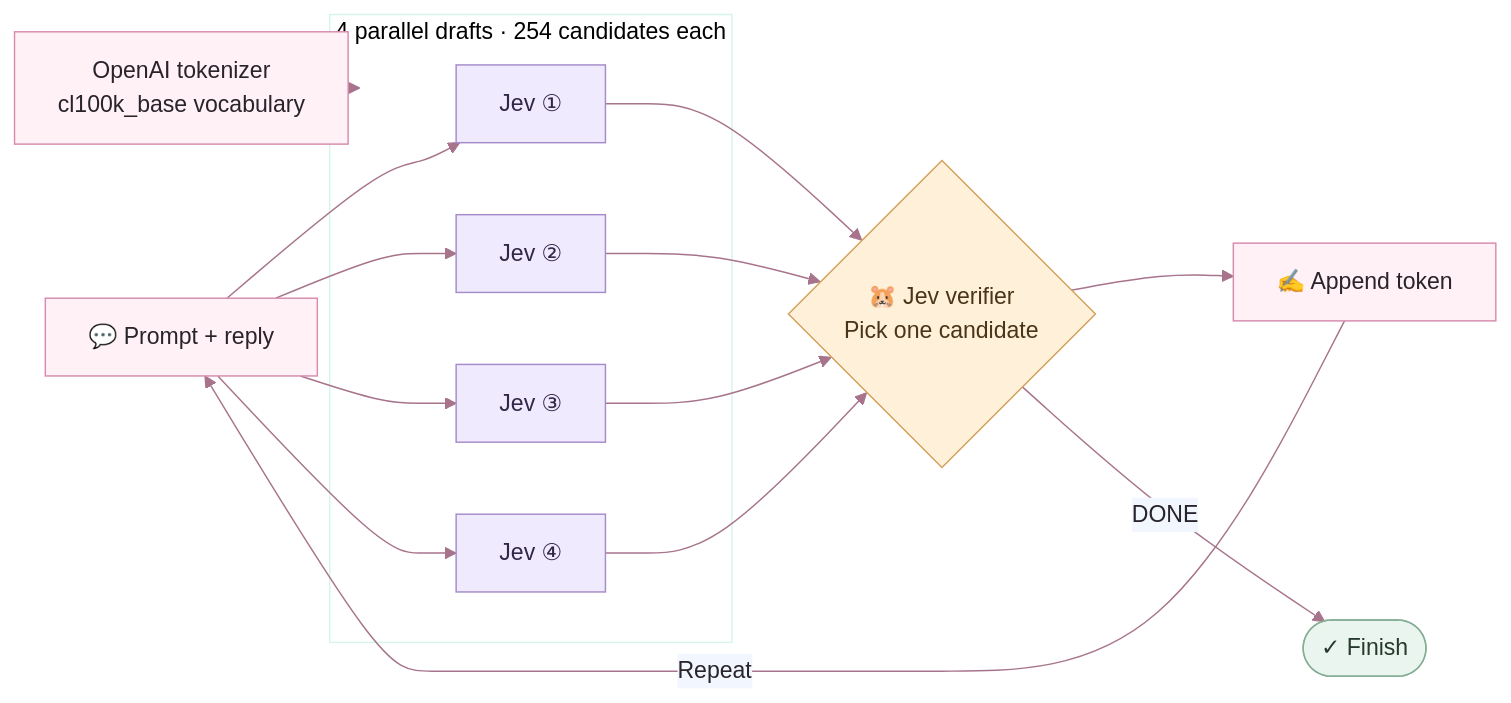
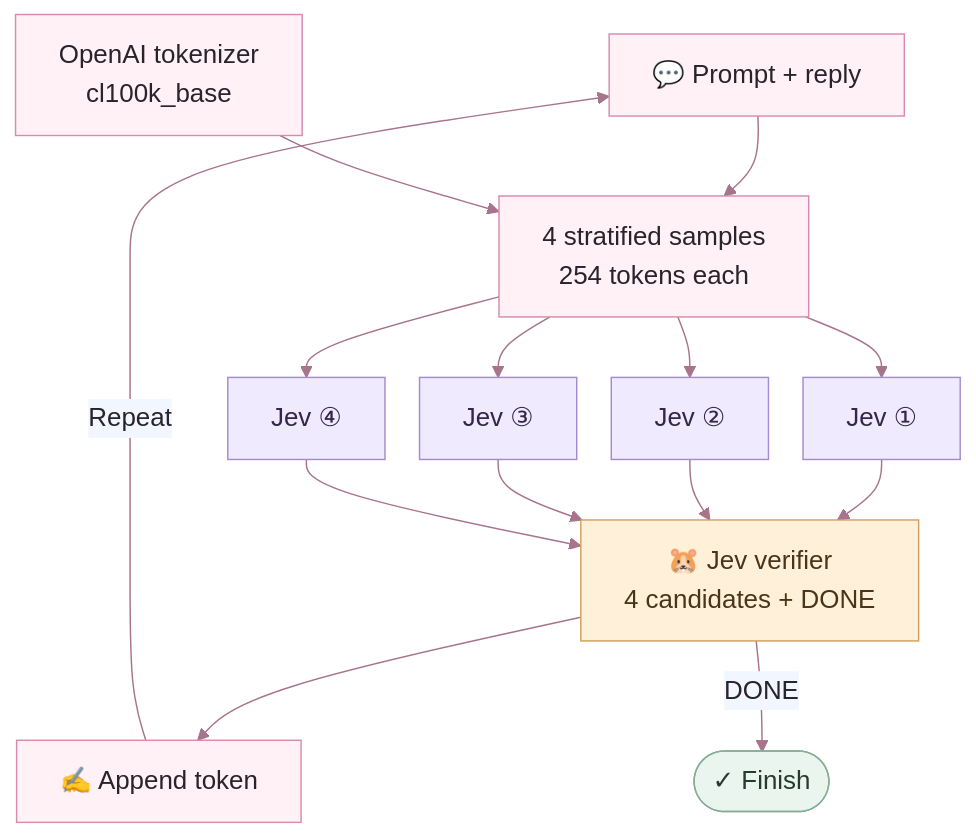
One commit to giga-james/jevgpt changed the diagram in README.md. Above: the diagram before and after it, drawn with Mermaid.

Commit message:
Improve README architecture diagram spacing and readability

````diff
--- a/README.md
+++ b/README.md
@@ -37,23 +37,18 @@
 ```mermaid
-%%{init: {"theme": "base", "themeVariables": {"primaryColor": "#fff1f6", "primaryTextColor": "#29232b", "primaryBorderColor": "#d88bad", "lineColor": "#a7748c", "fontFamily": "sans-serif"}}}%%
-flowchart LR
+%%{init: {"theme": "base", "flowchart": {"nodeSpacing": 24, "rankSpacing": 42, "curve": "basis"}, "themeVariables": {"primaryColor": "#fff1f6", "primaryTextColor": "#29232b", "primaryBorderColor": "#d88bad", "lineColor": "#a7748c", "fontFamily": "sans-serif", "fontSize": "18px"}}}%%
+flowchart TB
     C["💬 Prompt + reply"]
-    subgraph D["4 parallel drafts · 254 candidates each"]
-        A["Jev ①"]
-        B["Jev ②"]
-        E["Jev ③"]
-        F["Jev ④"]
-    end
-    O["OpenAI tokenizer<br/>cl100k_base vocabulary"] --> D
-    C --> A & B & E & F
-    A & B & E & F --> V{"🐹 Jev verifier<br/>Pick one candidate"}
+    O["OpenAI tokenizer<br/>cl100k_base"]
+    C & O --> S["4 stratified samples<br/>254 tokens each"]
+    S --> A["Jev ①"] & B["Jev ②"] & E["Jev ③"] & F["Jev ④"]
+    A & B & E & F --> V["🐹 Jev verifier<br/>4 candidates + DONE"]
     V --> T["✍️ Append token"]
     T -- "Repeat" --> C
     V -- "DONE" --> X(["✓ Finish"])
     classDef draft fill:#f0eaff,stroke:#a58bc9,color:#322747
     classDef verify fill:#fff0d9,stroke:#d3a05b,color:#493519
     classDef done fill:#eaf5ef,stroke:#86ad95,color:#263a2e
     class A,B,E,F draft
     class V verify
     class X done
 ```
````
